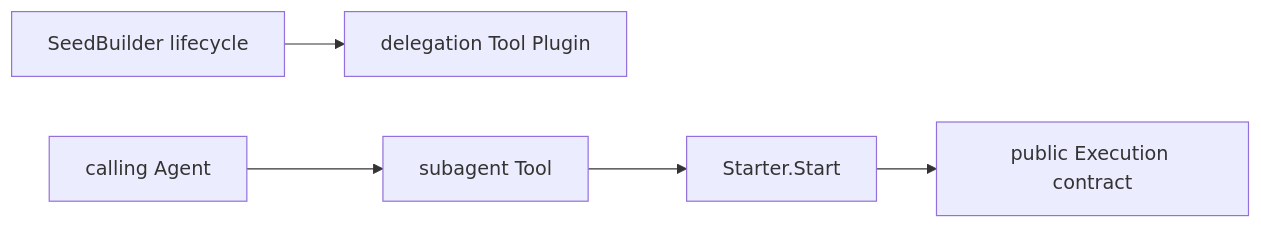
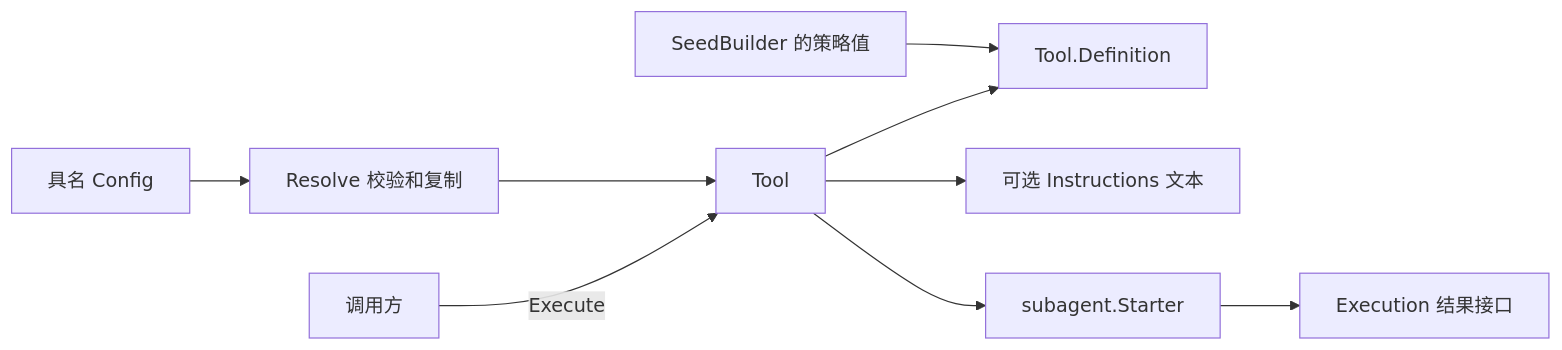
The diagram in subagent/tools/delegation/README.zh-CN.md (gorenx/goren), drawn with Mermaid before and after one commit. The commit also changed other lines of this file and 9 other files, not shown here.

````diff
--- a/subagent/tools/delegation/README.zh-CN.md
+++ b/subagent/tools/delegation/README.zh-CN.md
@@ -5,7 +20,11 @@
 ```mermaid
 flowchart LR
-    Builder[SeedBuilder lifecycle] --> Plugin[delegation Tool Plugin]
-    Model[calling Agent] --> Tool[subagent Tool]
-    Tool --> Starter[Starter.Start]
-    Starter --> Execution[public Execution contract]
+    Config[具名 Config] --> Settings[Resolve 校验和复制]
+    Settings --> Tool[Tool]
+    Policy[SeedBuilder 的策略值] --> Definition[Tool.Definition]
+    Tool --> Definition
+    Tool --> Instructions[可选 Instructions 文本]
+    Caller[调用方] -->|Execute| Tool
+    Tool --> Starter[subagent.Starter]
+    Starter --> Execution[Execution 结果接口]
 ```
````
